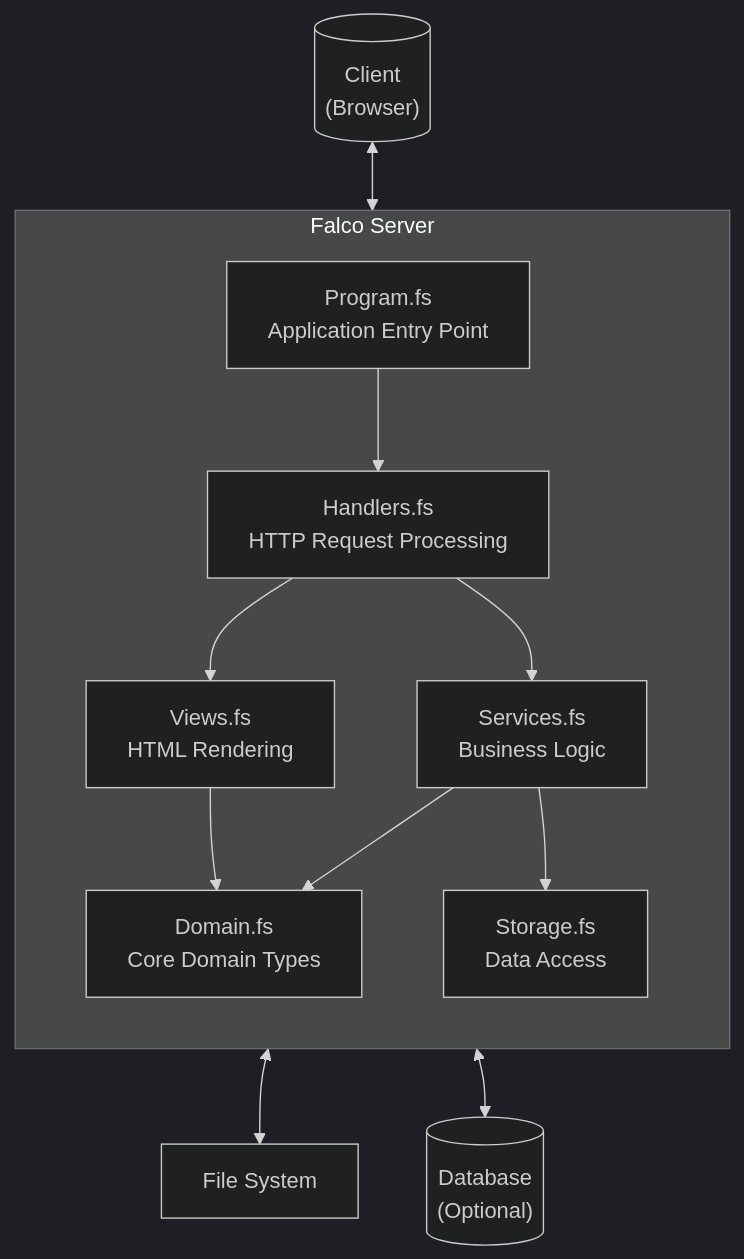
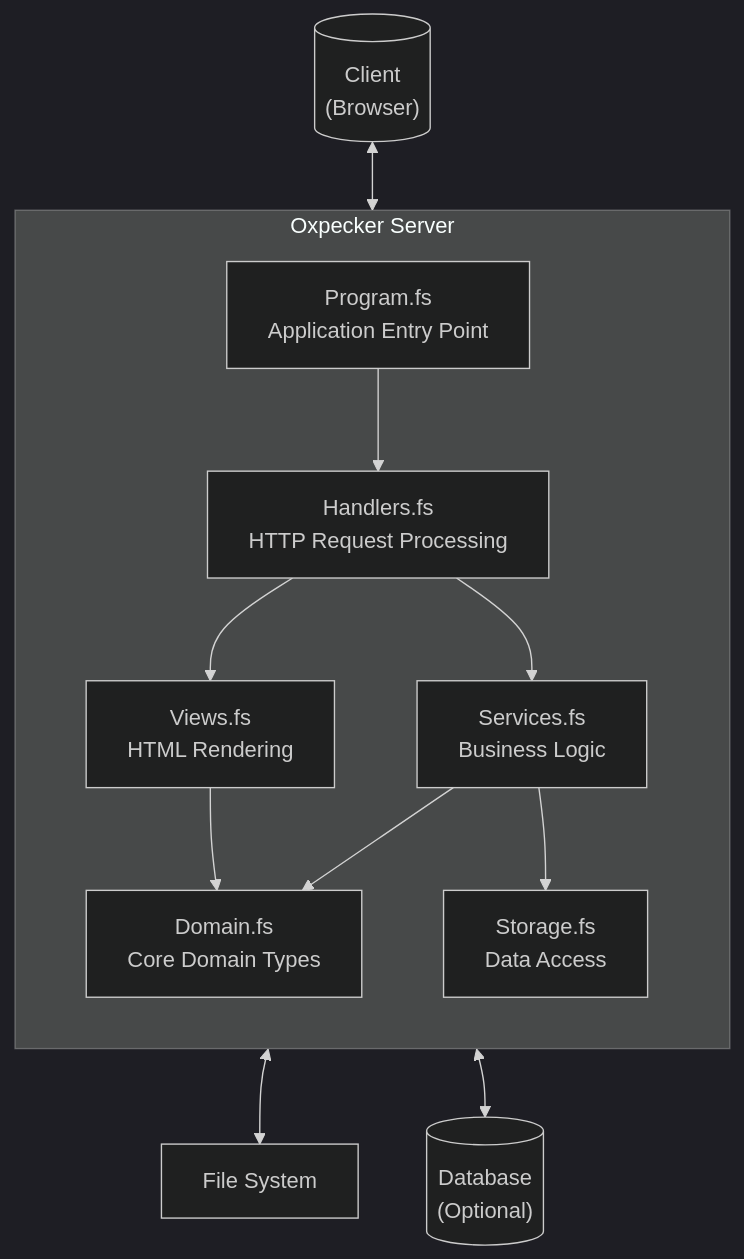
Before and after one commit to speakeztech/FlightDeck: the first of 2 diagrams in docs/01 Core Architecture.md, drawn with Mermaid. The commit also changed other lines of this file and 12 other files, not shown here.

````diff
--- a/docs/01 Core Architecture.md
+++ b/docs/01 Core Architecture.md
@@ -13,24 +13,24 @@
 ```mermaid
 %%{init: {'theme': 'dark'}}%%
 flowchart TB
-    subgraph Server["Falco Server"]
+    subgraph Server["Oxpecker Server"]
         direction TB
         Program["Program.fs<br>Application Entry Point"]
         Handlers["Handlers.fs<br>HTTP Request Processing"]
         Domain["Domain.fs<br>Core Domain Types"]
         Services["Services.fs<br>Business Logic"]
         Views["Views.fs<br>HTML Rendering"]
         Storage["Storage.fs<br>Data Access"]
         
         Program --> Handlers
         Handlers --> Views
         Handlers --> Services
         Services --> Domain
         Services --> Storage
         Views --> Domain
     end
     
     Client[("Client<br>(Browser)")] <--> Handlers
     Storage <--> FileSystem["File System"]
     Storage <--> Database[("Database<br>(Optional)")]
 ```
````
